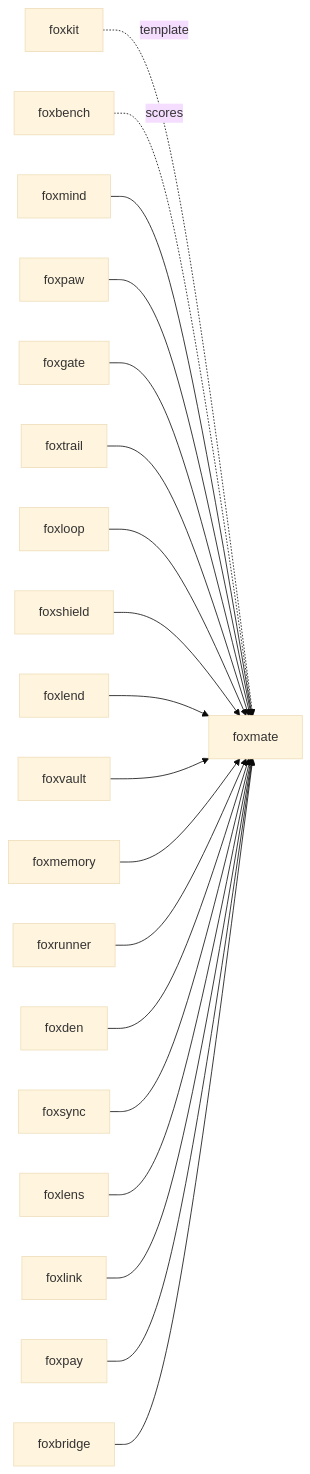
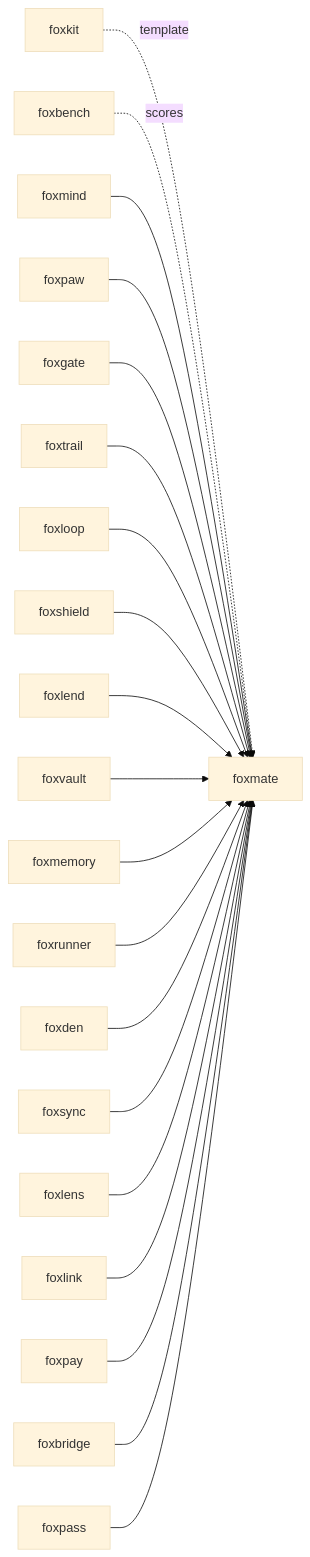
One commit to pooriaarab/foxmate changed the third of 3 diagrams in README.md. Above: the diagram before and after it, drawn with Mermaid (base theme). The commit also changed other lines of this file and 17 other files, not shown here.

````diff
--- a/README.md
+++ b/README.md
@@ -428,40 +454,42 @@
 ```mermaid
 flowchart LR
   foxkit[foxkit] -.->|template| foxmate
   foxbench[foxbench] -.->|scores| foxmate
   foxmind[foxmind] --> foxmate[foxmate]
   foxpaw[foxpaw] --> foxmate
   foxgate[foxgate] --> foxmate
   foxtrail[foxtrail] --> foxmate
   foxloop[foxloop] --> foxmate
   foxshield[foxshield] --> foxmate
   foxlend[foxlend] --> foxmate
   foxvault[foxvault] --> foxmate
   foxmemory[foxmemory] --> foxmate
   foxrunner[foxrunner] --> foxmate
   foxden[foxden] --> foxmate
   foxsync[foxsync] --> foxmate
   foxlens[foxlens] --> foxmate
   foxlink[foxlink] --> foxmate
   foxpay[foxpay] --> foxmate
   foxbridge[foxbridge] --> foxmate
+  foxpass[foxpass] --> foxmate
   click foxkit "https://github.com/pooriaarab/foxkit"
   click foxbench "https://github.com/pooriaarab/foxbench"
   click foxmind "https://github.com/pooriaarab/foxmind"
   click foxpaw "https://github.com/pooriaarab/foxpaw"
   click foxgate "https://github.com/pooriaarab/foxgate"
   click foxtrail "https://github.com/pooriaarab/foxtrail"
   click foxloop "https://github.com/pooriaarab/foxloop"
   click foxshield "https://github.com/pooriaarab/foxshield"
   click foxlend "https://github.com/pooriaarab/foxlend"
   click foxvault "https://github.com/pooriaarab/foxvault"
   click foxmemory "https://github.com/pooriaarab/foxmemory"
   click foxrunner "https://github.com/pooriaarab/foxrunner"
   click foxden "https://github.com/pooriaarab/foxden"
   click foxsync "https://github.com/pooriaarab/foxsync"
   click foxlens "https://github.com/pooriaarab/foxlens"
   click foxlink "https://github.com/pooriaarab/foxlink"
   click foxpay "https://github.com/pooriaarab/foxpay"
   click foxbridge "https://github.com/pooriaarab/foxbridge"
+  click foxpass "https://github.com/pooriaarab/foxpass"
   click foxmate "https://github.com/pooriaarab/foxmate"
 ```
````
